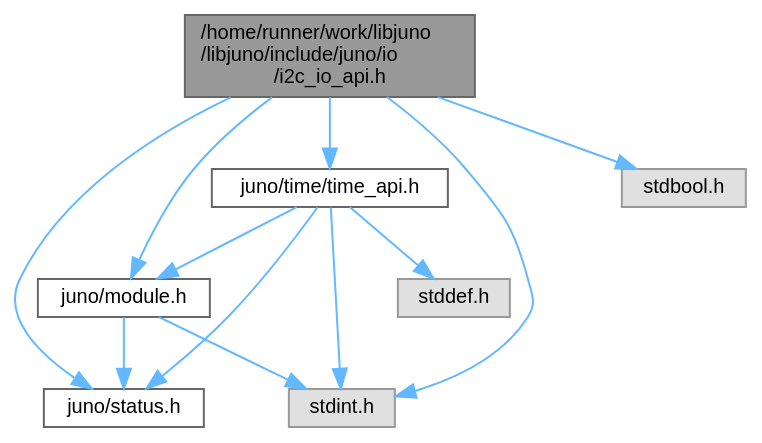
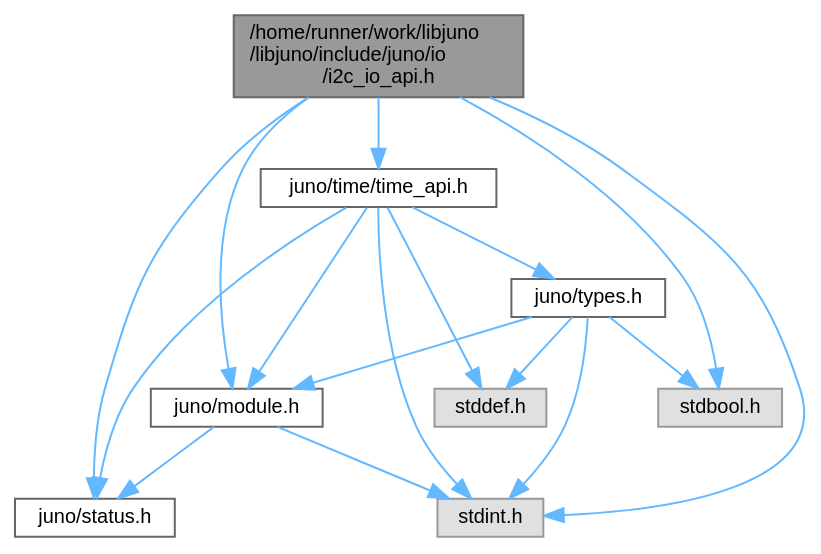
The diagram in i2c__io__api_8h__incl.dot (robinonsay/libjuno), drawn with Graphviz before and after one commit. The commit also changed 154 other files, not shown here.

```diff
--- a/i2c__io__api_8h__incl.dot
+++ b/i2c__io__api_8h__incl.dot
@@ -1,25 +1,31 @@
 digraph "/home/runner/work/libjuno/libjuno/include/juno/io/i2c_io_api.h"
 {
  // LATEX_PDF_SIZE
   bgcolor="transparent";
   edge [fontname=Helvetica,fontsize=10,labelfontname=Helvetica,labelfontsize=10];
   node [fontname=Helvetica,fontsize=10,shape=box,height=0.2,width=0.4];
   Node1 [id="Node000001",label="/home/runner/work/libjuno\l/libjuno/include/juno/io\l/i2c_io_api.h",height=0.2,width=0.4,color="gray40", fillcolor="grey60", style="filled", fontcolor="black",tooltip=" "];
   Node1 -> Node2 [id="edge1_Node000001_Node000002",color="steelblue1",style="solid",tooltip=" "];
   Node2 [id="Node000002",label="juno/status.h",height=0.2,width=0.4,color="grey40", fillcolor="white", style="filled",URL="$status_8h.html",tooltip=" "];
   Node1 -> Node3 [id="edge2_Node000001_Node000003",color="steelblue1",style="solid",tooltip=" "];
   Node3 [id="Node000003",label="juno/module.h",height=0.2,width=0.4,color="grey40", fillcolor="white", style="filled",URL="$module_8h.html",tooltip=" "];
   Node3 -> Node2 [id="edge3_Node000003_Node000002",color="steelblue1",style="solid",tooltip=" "];
   Node3 -> Node4 [id="edge4_Node000003_Node000004",color="steelblue1",style="solid",tooltip=" "];
   Node4 [id="Node000004",label="stdint.h",height=0.2,width=0.4,color="grey60", fillcolor="#E0E0E0", style="filled",tooltip=" "];
   Node1 -> Node5 [id="edge5_Node000001_Node000005",color="steelblue1",style="solid",tooltip=" "];
   Node5 [id="Node000005",label="juno/time/time_api.h",height=0.2,width=0.4,color="grey40", fillcolor="white", style="filled",URL="$time__api_8h.html",tooltip=" "];
   Node5 -> Node2 [id="edge6_Node000005_Node000002",color="steelblue1",style="solid",tooltip=" "];
   Node5 -> Node3 [id="edge7_Node000005_Node000003",color="steelblue1",style="solid",tooltip=" "];
   Node5 -> Node6 [id="edge8_Node000005_Node000006",color="steelblue1",style="solid",tooltip=" "];
-  Node6 [id="Node000006",label="stddef.h",height=0.2,width=0.4,color="grey60", fillcolor="#E0E0E0", style="filled",tooltip=" "];
-  Node5 -> Node4 [id="edge9_Node000005_Node000004",color="steelblue1",style="solid",tooltip=" "];
-  Node1 -> Node7 [id="edge10_Node000001_Node000007",color="steelblue1",style="solid",tooltip=" "];
+  Node6 [id="Node000006",label="juno/types.h",height=0.2,width=0.4,color="grey40", fillcolor="white", style="filled",URL="$types_8h.html",tooltip=" "];
+  Node6 -> Node3 [id="edge9_Node000006_Node000003",color="steelblue1",style="solid",tooltip=" "];
+  Node6 -> Node7 [id="edge10_Node000006_Node000007",color="steelblue1",style="solid",tooltip=" "];
   Node7 [id="Node000007",label="stdbool.h",height=0.2,width=0.4,color="grey60", fillcolor="#E0E0E0", style="filled",tooltip=" "];
-  Node1 -> Node4 [id="edge11_Node000001_Node000004",color="steelblue1",style="solid",tooltip=" "];
+  Node6 -> Node8 [id="edge11_Node000006_Node000008",color="steelblue1",style="solid",tooltip=" "];
+  Node8 [id="Node000008",label="stddef.h",height=0.2,width=0.4,color="grey60", fillcolor="#E0E0E0", style="filled",tooltip=" "];
+  Node6 -> Node4 [id="edge12_Node000006_Node000004",color="steelblue1",style="solid",tooltip=" "];
+  Node5 -> Node8 [id="edge13_Node000005_Node000008",color="steelblue1",style="solid",tooltip=" "];
+  Node5 -> Node4 [id="edge14_Node000005_Node000004",color="steelblue1",style="solid",tooltip=" "];
+  Node1 -> Node7 [id="edge15_Node000001_Node000007",color="steelblue1",style="solid",tooltip=" "];
+  Node1 -> Node4 [id="edge16_Node000001_Node000004",color="steelblue1",style="solid",tooltip=" "];
 }
```
